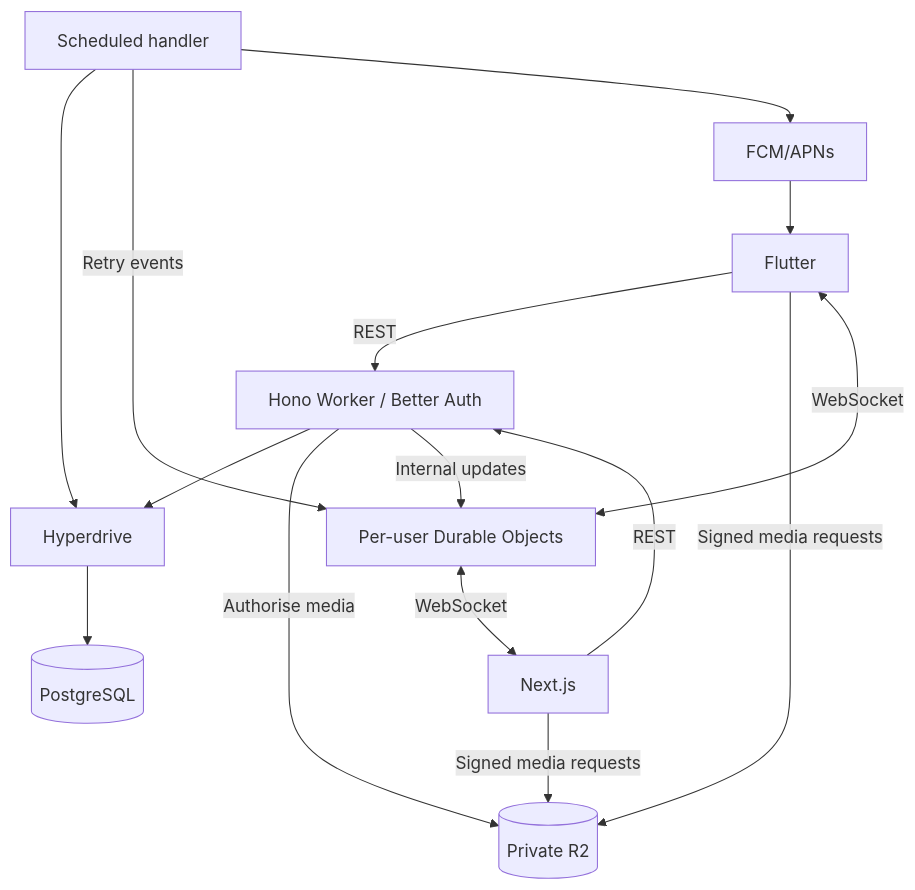
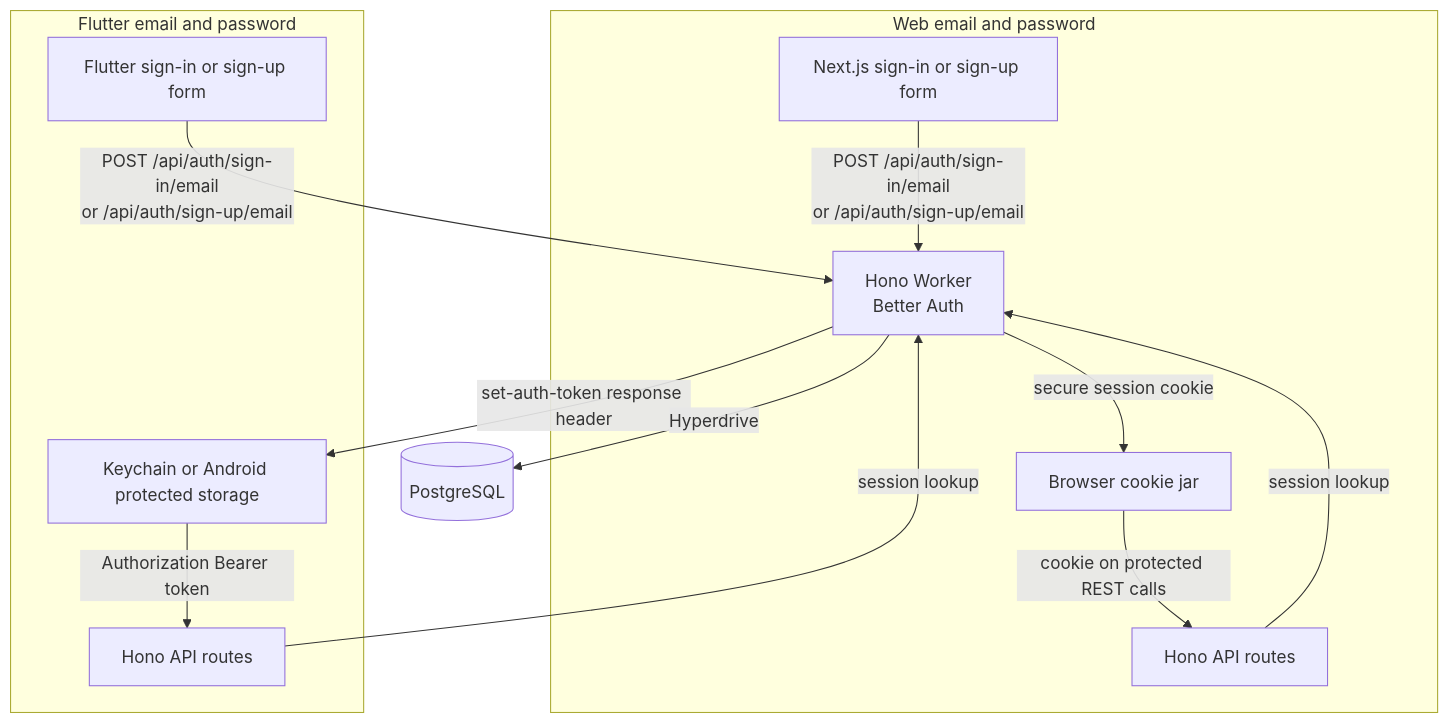
Before and after one commit to UOA-CS734-S2-2026/project-implementation-may-gan: the second of 2 diagrams in docs/dayli/architecture.md, drawn with Mermaid. The commit also changed other lines of this file, not shown here.

Commit message:
docs(dayli): describe current architecture

````diff
--- a/docs/dayli/architecture.md
+++ b/docs/dayli/architecture.md
@@ -7,17 +31,18 @@
 ```mermaid
-flowchart TD
-    M[Flutter] -->|REST| A[Hono Worker / Better Auth]
-    W[Next.js] -->|REST| A
-    A --> H[Hyperdrive]
-    H --> P[(PostgreSQL)]
-    A -->|Authorise media| R[(Private R2)]
-    M -->|Signed media requests| R
-    W -->|Signed media requests| R
-    A -->|Internal updates| D[Per-user Durable Objects]
-    D <-->|WebSocket| M
-    D <-->|WebSocket| W
-    C[Scheduled handler] --> H
-    C -->|Retry events| D
-    C --> F[FCM/APNs]
-    F --> M
+flowchart TB
+    subgraph Web[Web email and password]
+        WebForm[Next.js sign-in or sign-up form] -->|POST /api/auth/sign-in/email<br/>or /api/auth/sign-up/email| Auth
+        Auth -->|secure session cookie| BrowserSession[Browser cookie jar]
+        BrowserSession -->|cookie on protected REST calls| ApiCalls[Hono API routes]
+    end
+
+    subgraph Flutter[Flutter email and password]
+        NativeForm[Flutter sign-in or sign-up form] -->|POST /api/auth/sign-in/email<br/>or /api/auth/sign-up/email| Auth
+        Auth -->|set-auth-token response header| TokenStore[Keychain or Android protected storage]
+        TokenStore -->|Authorization Bearer token| NativeCalls[Hono API routes]
+    end
+
+    Auth[Hono Worker<br/>Better Auth] -->|Hyperdrive| Db[(PostgreSQL)]
+    ApiCalls -->|session lookup| Auth
+    NativeCalls -->|session lookup| Auth
 ```
````
